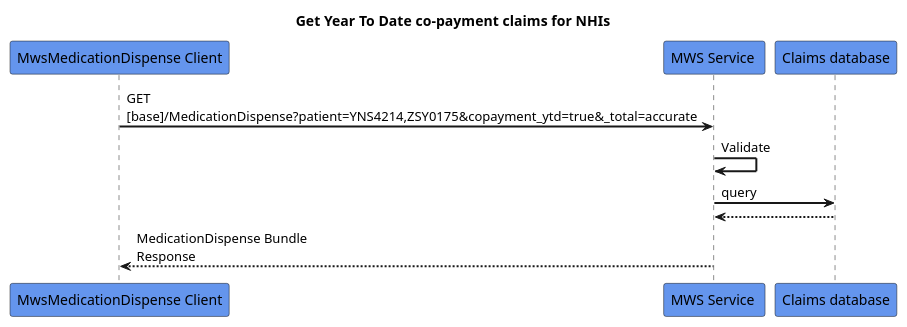
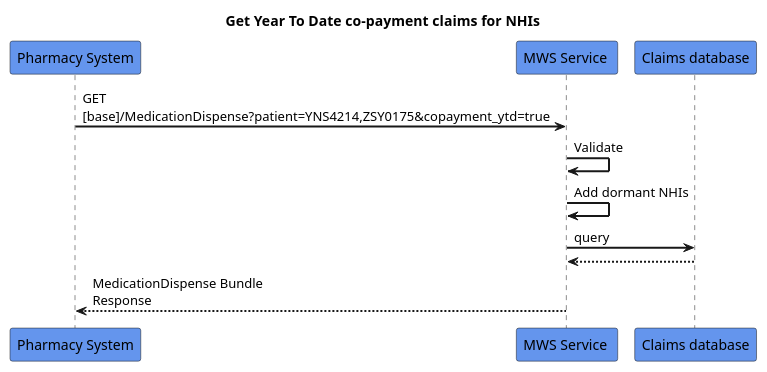
Before and after one commit to HL7NZ/mws-ig: the diagram in input/images-source/search_copayments.plantuml, drawn with PlantUML. The commit also changed 2 other files, not shown here.

Commit message:
updated use case diagram

```diff
--- a/input/images-source/search_copayments.plantuml
+++ b/input/images-source/search_copayments.plantuml
@@ -1,18 +1,19 @@
 @startuml
 skinparam sequenceArrowThickness 2
 skinparam roundcorner 5
 skinparam maxmessagesize 180
 skinparam sequenceParticipant bold
 title Get Year To Date co-payment claims for NHIs
-participant "MwsMedicationDispense Client" as A #CornflowerBlue
+participant "Pharmacy System" as A #CornflowerBlue
 participant "MWS Service " as B #CornflowerBlue
 participant "Claims database" as C #CornflowerBlue
 
-A -> B: GET [base]/MedicationDispense?patient=YNS4214,ZSY0175&copayment_ytd=true&_total=accurate
+A -> B: GET [base]/MedicationDispense?patient=YNS4214,ZSY0175&copayment_ytd=true
 B -> B: Validate
+B -> B: Add dormant NHIs
 B -> C: query
 C -[dashed]-> B:
 
 B -[dashed]-> A: MedicationDispense Bundle Response 
 
 @enduml
```
